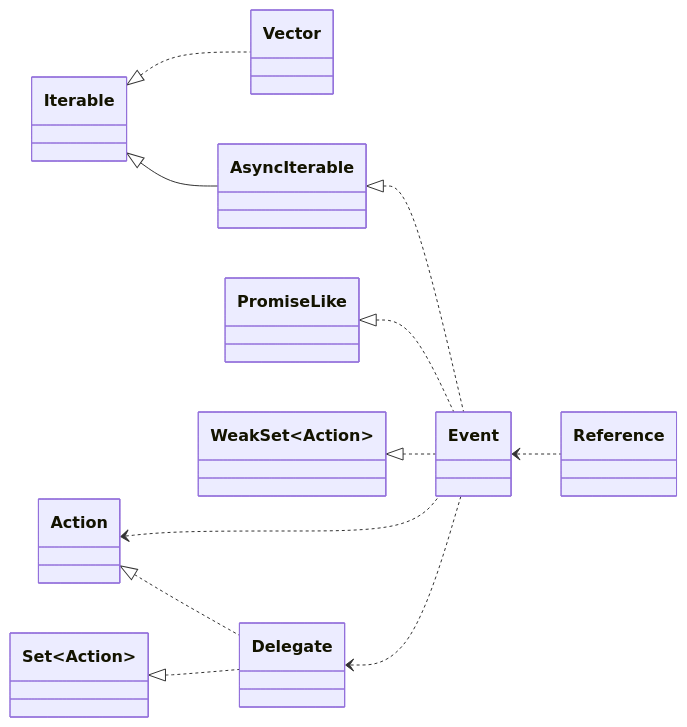
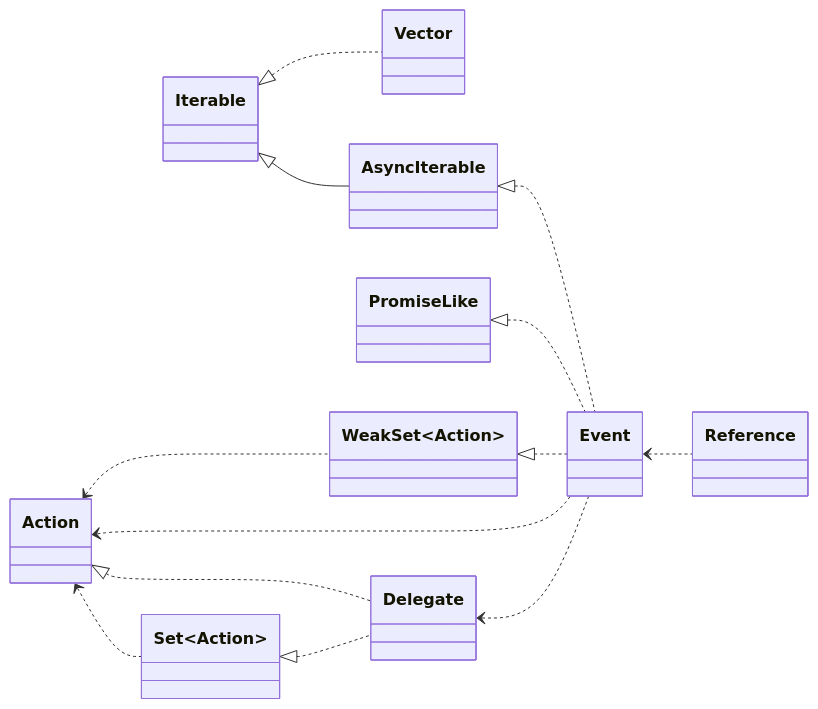
Before and after one commit to domrally/peekeasy: the fourth of 4 diagrams in README.md, drawn with Mermaid.

````diff
--- a/README.md
+++ b/README.md
@@ -204,20 +204,22 @@
 ```mermaid
 classDiagram
     direction LR
     Iterable <|.. Vector
     Iterable <|-- AsyncIterable
     AsyncIterable <|.. Event
     PromiseLike <|.. Event
     WeakSet~Action~ <|.. Event
+    Action <.. WeakSet~Action~
+    Action <.. Set~Action~
     Action <.. Event
     Action <|.. Delegate
     Set~Action~ <|.. Delegate
     Delegate <.. Event
     Event <.. Reference
     class Delegate
     link Delegate "https://github.com/domrally/peekeasy/blob/main/src/delegate.ts" "delegate.ts"
     class Event
     link Event "https://github.com/domrally/peekeasy/blob/main/src/event.ts" "event.ts"
     class Vector
     link Vector "https://github.com/domrally/peekeasy/blob/main/src/vector.ts" "vector.ts"
 ```
````
